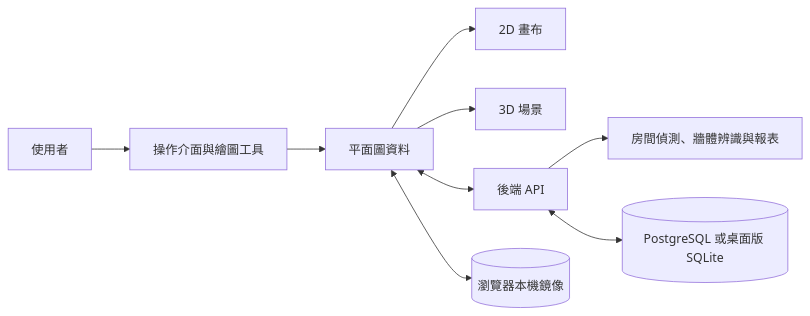
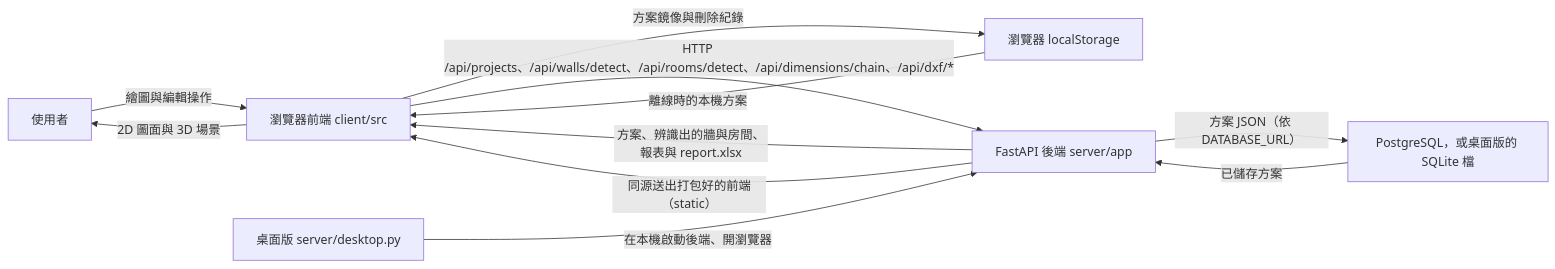
The first of 4 diagrams in README.md (bruuucechang/interiordesign), drawn with Mermaid before and after one commit. The commit also changed other lines of this file, not shown here.

Commit message:
docs(readme): 重寫架構（總覽圖加子系統圖，逐框對過程式碼）

````diff
--- a/README.md
+++ b/README.md
@@ -31,11 +33,13 @@
 ```mermaid
 flowchart LR
-    User["使用者"] --> UI["操作介面與繪圖工具"]
-    UI --> Doc["平面圖資料"]
-    Doc --> View2D["2D 畫布"]
-    Doc --> View3D["3D 場景"]
-    Doc <--> API["後端 API"]
-    API --> Services["房間偵測、牆體辨識與報表"]
-    API <--> DB[("PostgreSQL 或桌面版 SQLite")]
-    Doc <--> Local[("瀏覽器本機鏡像")]
+    User["使用者"] -->|繪圖與編輯操作| Front["瀏覽器前端 client/src"]
+    Front -->|2D 圖面與 3D 場景| User
+    Front -->|方案鏡像與刪除紀錄| Local["瀏覽器 localStorage"]
+    Local -->|離線時的本機方案| Front
+    Front -->|"HTTP /api/projects、/api/walls/detect、/api/rooms/detect、/api/dimensions/chain、/api/dxf/*"| API["FastAPI 後端 server/app"]
+    API -->|"方案、辨識出的牆與房間、報表與 report.xlsx"| Front
+    API -->|"方案 JSON（依 DATABASE_URL）"| DB["PostgreSQL，或桌面版的 SQLite 檔"]
+    DB -->|已儲存方案| API
+    API -->|"同源送出打包好的前端（static）"| Front
+    Desktop["桌面版 server/desktop.py"] -->|"在本機啟動後端、開瀏覽器"| API
 ```
````
